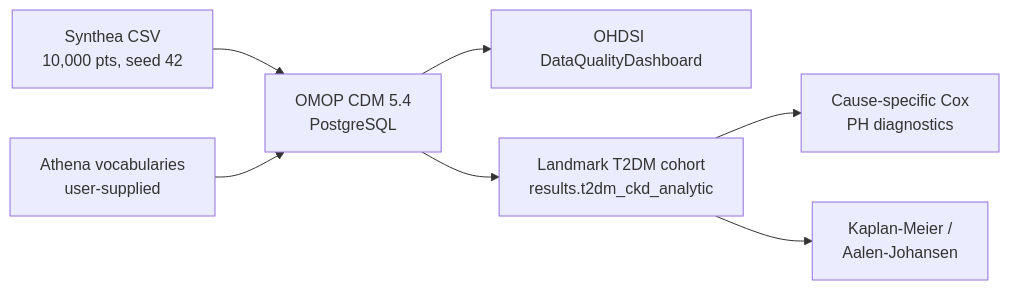
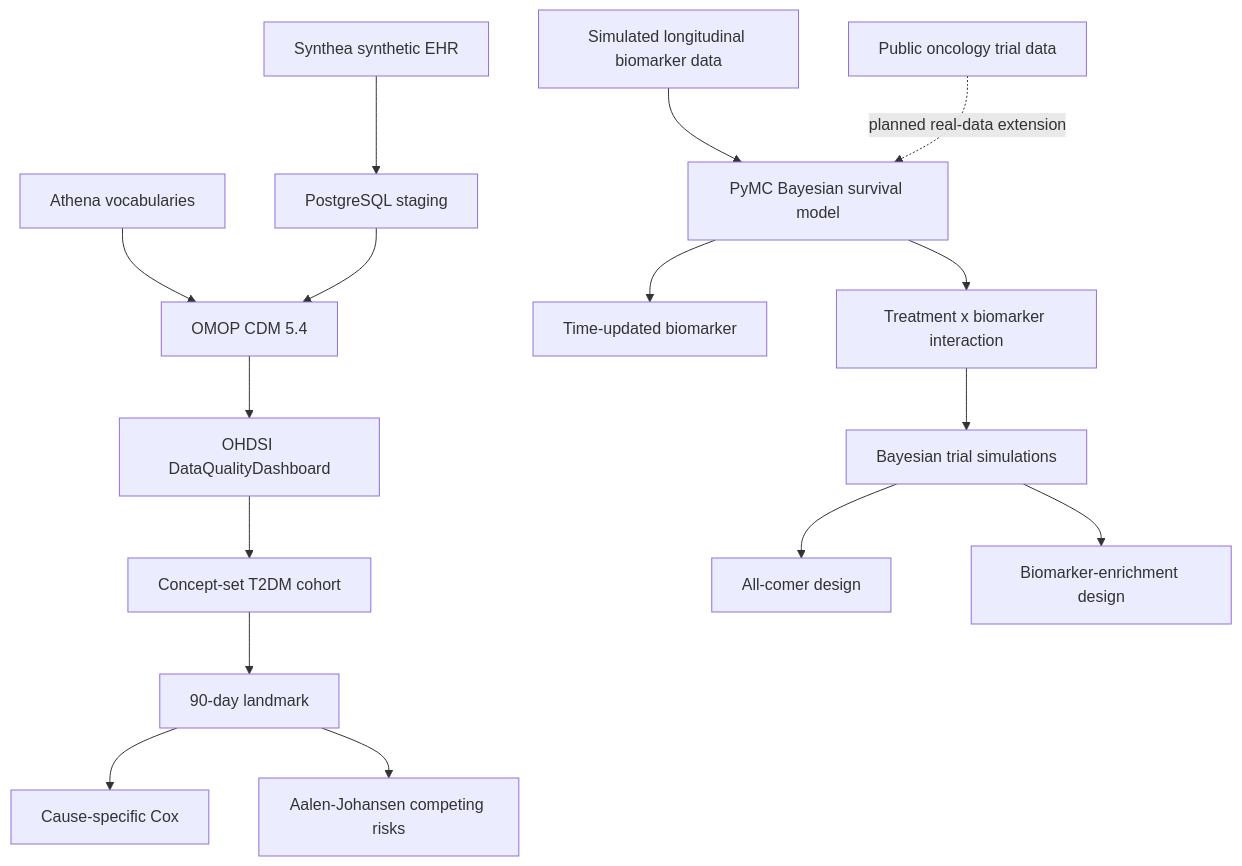
One commit to santur90/Synthea-to-OMOP changed the diagram in README.md. Above: the diagram before and after it, drawn with Mermaid. The commit also changed other lines of this file and 12 other files, not shown here.

Commit message:
Add Bayesian survival and biomarker-guided trial simulation

````diff
--- a/README.md
+++ b/README.md
@@ -13,9 +20,23 @@
 ```mermaid
-flowchart LR
-    A[Synthea CSV<br/>10,000 pts, seed 42] --> B[OMOP CDM 5.4<br/>PostgreSQL]
-    V[Athena vocabularies<br/>user-supplied] --> B
-    B --> C[OHDSI DataQualityDashboard]
-    B --> D[Landmark T2DM cohort<br/>results.t2dm_ckd_analytic]
-    D --> E[Cause-specific Cox<br/>PH diagnostics]
-    D --> F[Kaplan-Meier /<br/>Aalen-Johansen]
+flowchart TD
+
+    A[Synthea synthetic EHR] --> B[PostgreSQL staging]
+    V[Athena vocabularies] --> C[OMOP CDM 5.4]
+    B --> C
+
+    C --> D[OHDSI DataQualityDashboard]
+    D --> E[Concept-set T2DM cohort]
+    E --> F[90-day landmark]
+    F --> G[Cause-specific Cox]
+    F --> H[Aalen-Johansen competing risks]
+
+    I[Simulated longitudinal biomarker data] --> J[PyMC Bayesian survival model]
+    J --> K[Time-updated biomarker]
+    J --> L[Treatment x biomarker interaction]
+
+    L --> M[Bayesian trial simulations]
+    M --> N[All-comer design]
+    M --> O[Biomarker-enrichment design]
+
+    P[Public oncology trial data] -. planned real-data extension .-> J
 ```
````
